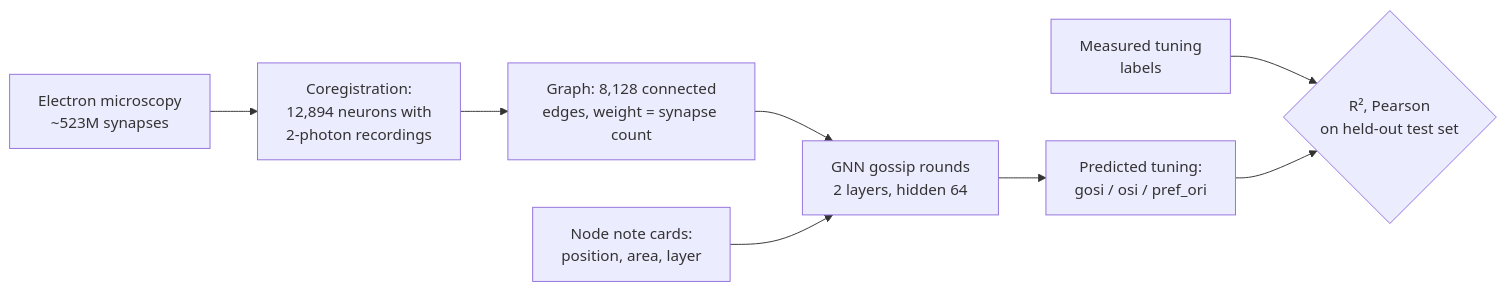
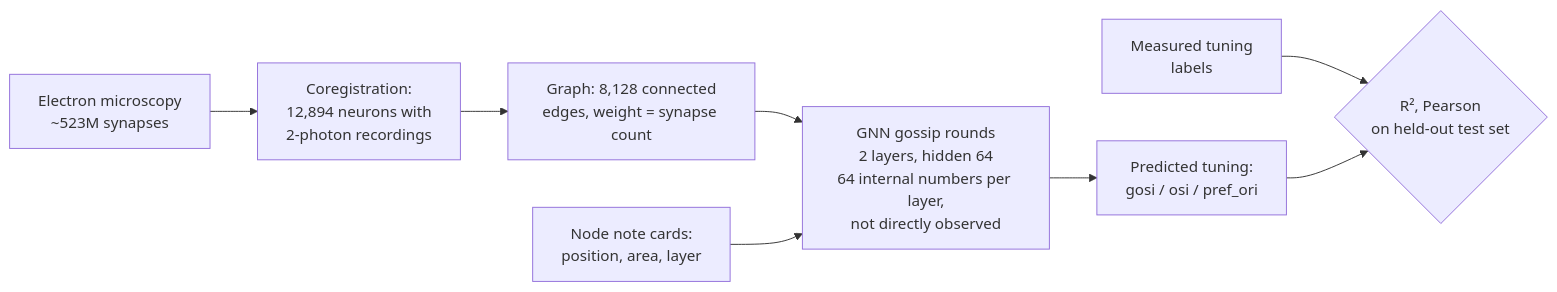
The first of 3 diagrams in docs/EXTENDED_INTRODUCTION.md (hwilner/microns-tuning-from-wiring-benchmark), drawn with Mermaid before and after one commit. The commit also changed other lines of this file, not shown here.

Commit message:
docs: fix worked-example arithmetic and gloss undefined terms

````diff
--- a/docs/EXTENDED_INTRODUCTION.md
+++ b/docs/EXTENDED_INTRODUCTION.md
@@ -123,10 +123,10 @@
 ```mermaid
 flowchart LR
     A[Electron microscopy<br/>~523M synapses] --> B[Coregistration:<br/>12,894 neurons with<br/>2-photon recordings]
     B --> C[Graph: 8,128 connected<br/>edges, weight = synapse count]
-    C --> D[GNN gossip rounds<br/>2 layers, hidden 64]
+    C --> D[GNN gossip rounds<br/>2 layers, hidden 64<br/>64 internal numbers per layer,<br/>not directly observed]
     E[Node note cards:<br/>position, area, layer] --> D
     D --> F[Predicted tuning:<br/>gosi / osi / pref_ori]
     G[Measured tuning<br/>labels] --> H{R², Pearson<br/>on held-out test set}
     F --> H
 ```
````
